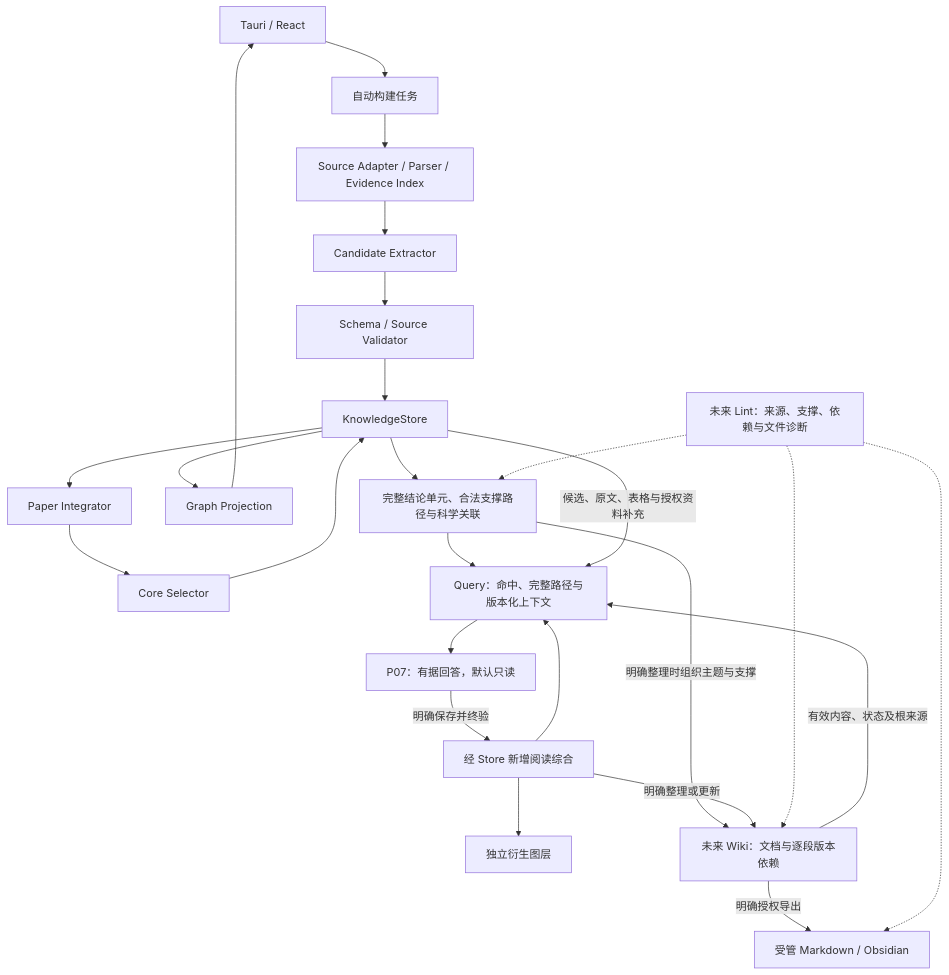
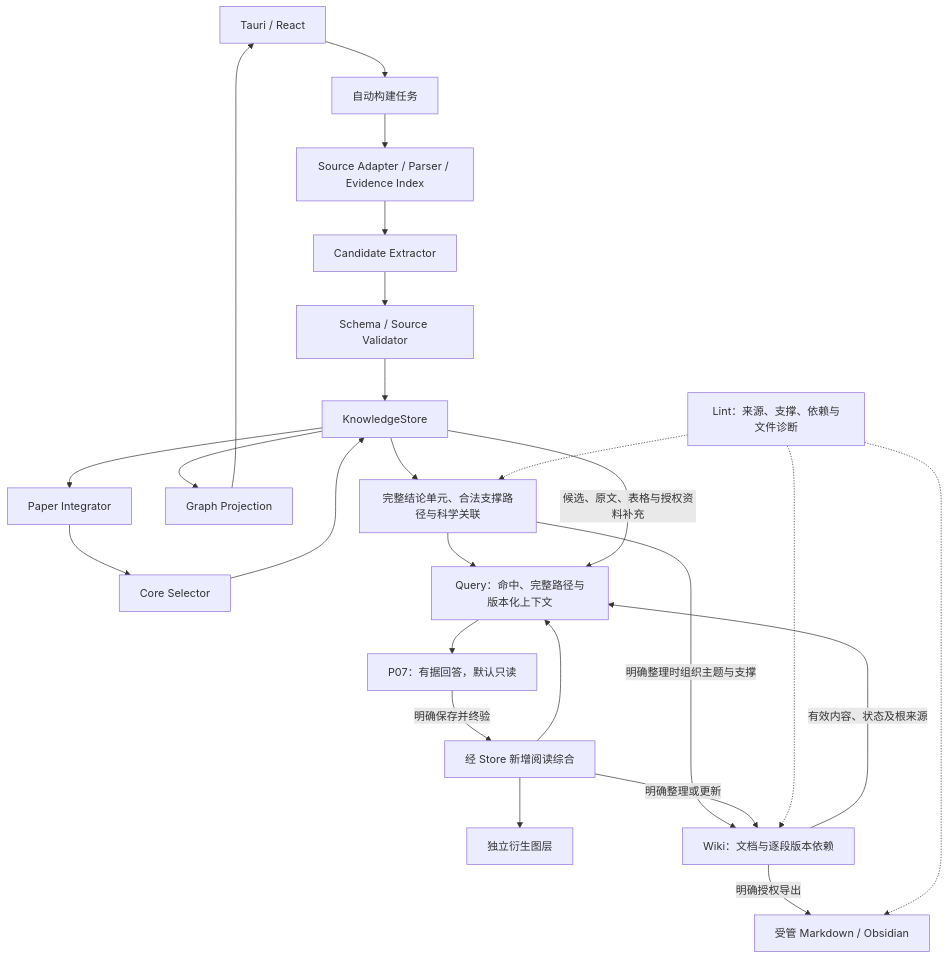
The diagram in docs/02_architecture_and_workflows.md (KLucen/ResearchGraphStudio), drawn with Mermaid before and after one commit. The commit also changed other lines of this file and 204 other files, not shown here.

Commit message:
feat: complete P5 lint wiki and performance improvements

````diff
--- a/docs/02_architecture_and_workflows.md
+++ b/docs/02_architecture_and_workflows.md
@@ -9,27 +9,27 @@
 ```mermaid
 flowchart TD
   UI[Tauri / React] --> JOB[自动构建任务]
   JOB --> SRC[Source Adapter / Parser / Evidence Index]
   SRC --> EX[Candidate Extractor]
   EX --> VAL[Schema / Source Validator]
   VAL --> KS[KnowledgeStore]
   KS --> INT[Paper Integrator]
   INT --> SEL[Core Selector]
   SEL --> KS
   KS --> GP[Graph Projection]
   GP --> UI
   KS --> STRUCT[完整结论单元、合法支撑路径与科学关联]
   STRUCT --> QUERY[Query：命中、完整路径与版本化上下文]
   KS -->|候选、原文、表格与授权资料补充| QUERY
   QUERY --> ANSWER[P07：有据回答，默认只读]
   ANSWER -->|明确保存并终验| SAVE[经 Store 新增阅读综合]
   SAVE --> DERIVED[独立衍生图层]
   SAVE --> QUERY
-  STRUCT -->|明确整理时组织主题与支撑| WIKI[未来 Wiki：文档与逐段版本依赖]
+  STRUCT -->|明确整理时组织主题与支撑| WIKI[Wiki：文档与逐段版本依赖]
   SAVE -->|明确整理或更新| WIKI
   WIKI -->|有效内容、状态及根来源| QUERY
   WIKI -->|明确授权导出| MD[受管 Markdown / Obsidian]
-  LINT[未来 Lint：来源、支撑、依赖与文件诊断] -.-> STRUCT
+  LINT[Lint：来源、支撑、依赖与文件诊断] -.-> STRUCT
   LINT -.-> WIKI
   LINT -.-> MD
 ```
````
